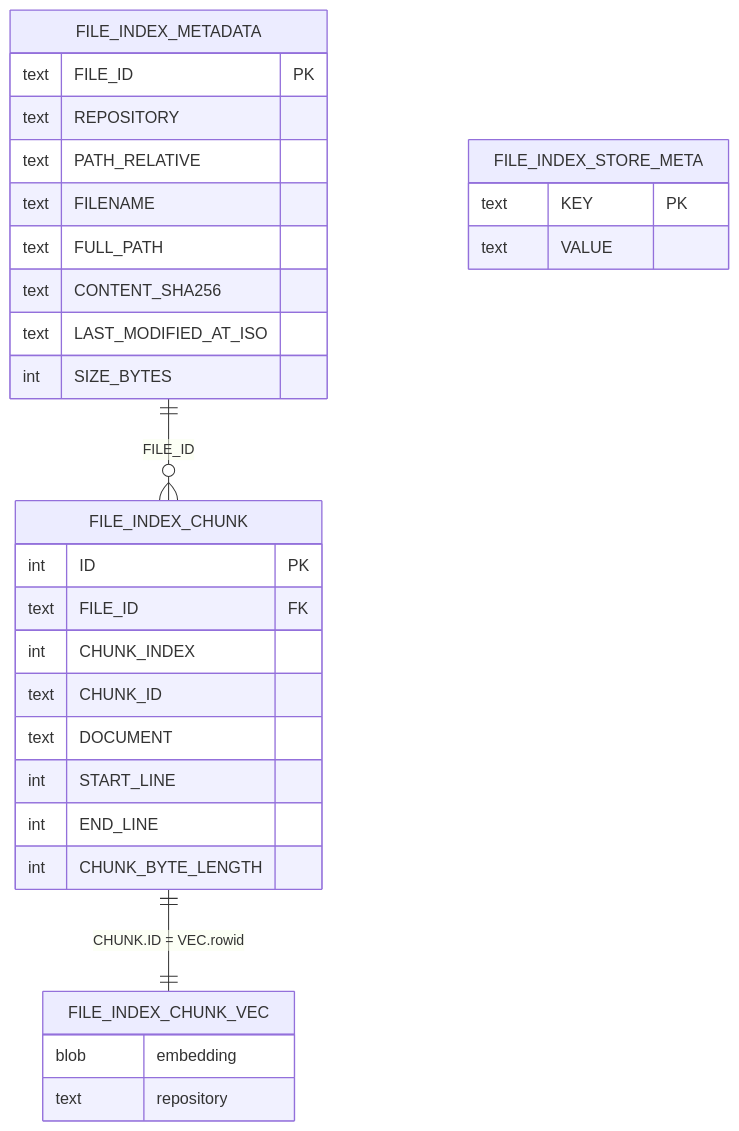
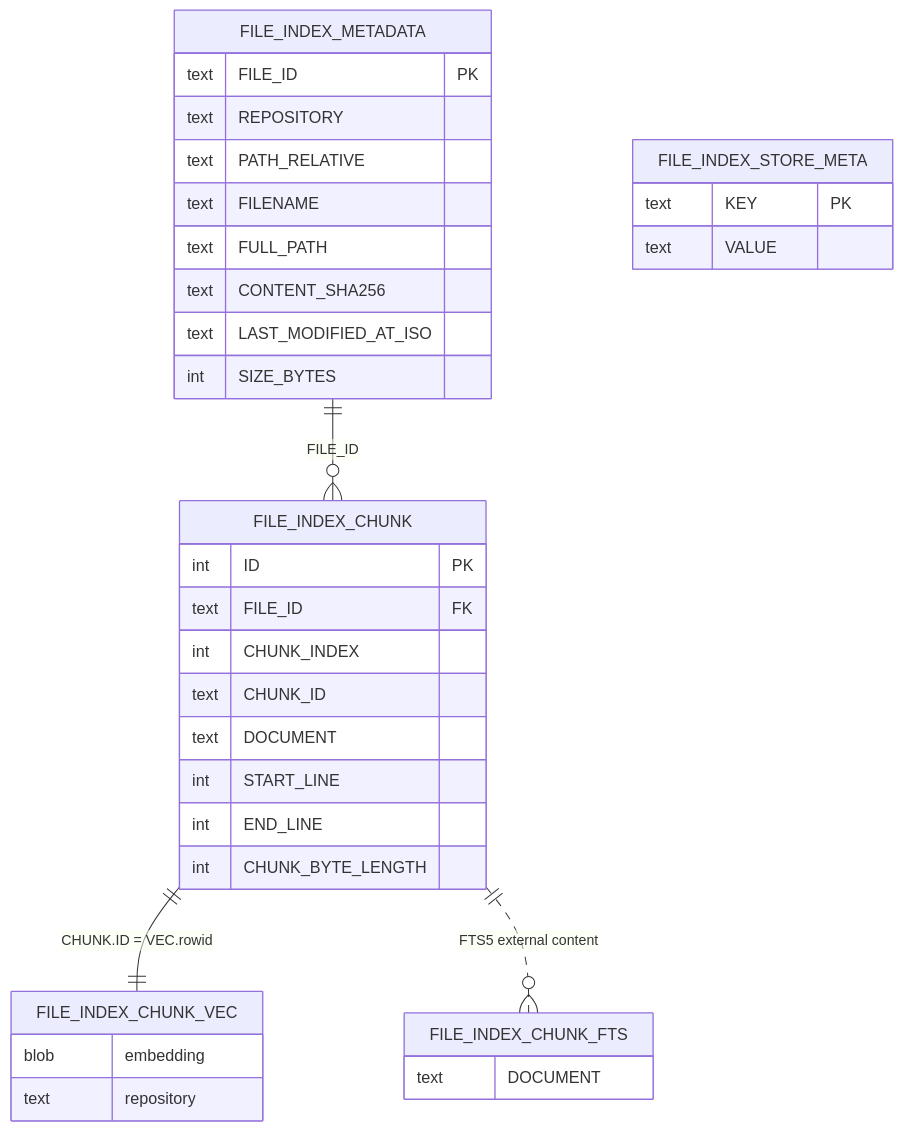
One commit to Lichens-Innovation/ai-dev-tools changed the diagram in incubator/code-crawler/docs/DATABASE.md. Above: the diagram before and after it, drawn with Mermaid. The commit also changed other lines of this file and 7 other files, not shown here.

````diff
--- a/incubator/code-crawler/docs/DATABASE.md
+++ b/incubator/code-crawler/docs/DATABASE.md
@@ -9,37 +9,42 @@
 ```mermaid
 erDiagram
   FILE_INDEX_METADATA ||--o{ FILE_INDEX_CHUNK : "FILE_ID"
   FILE_INDEX_CHUNK ||--|| FILE_INDEX_CHUNK_VEC : "CHUNK.ID = VEC.rowid"
+  FILE_INDEX_CHUNK ||..o{ FILE_INDEX_CHUNK_FTS : "FTS5 external content"
 
   FILE_INDEX_METADATA {
     text FILE_ID PK
     text REPOSITORY
     text PATH_RELATIVE
     text FILENAME
     text FULL_PATH
     text CONTENT_SHA256
     text LAST_MODIFIED_AT_ISO
     int SIZE_BYTES
   }
 
   FILE_INDEX_CHUNK {
     int ID PK
     text FILE_ID FK
     int CHUNK_INDEX
     text CHUNK_ID
     text DOCUMENT
     int START_LINE
     int END_LINE
     int CHUNK_BYTE_LENGTH
   }
 
   FILE_INDEX_STORE_META {
     text KEY PK
     text VALUE
   }
 
   FILE_INDEX_CHUNK_VEC {
     blob embedding
     text repository
   }
+
+  FILE_INDEX_CHUNK_FTS {
+    text DOCUMENT
+  }
 ```
````
